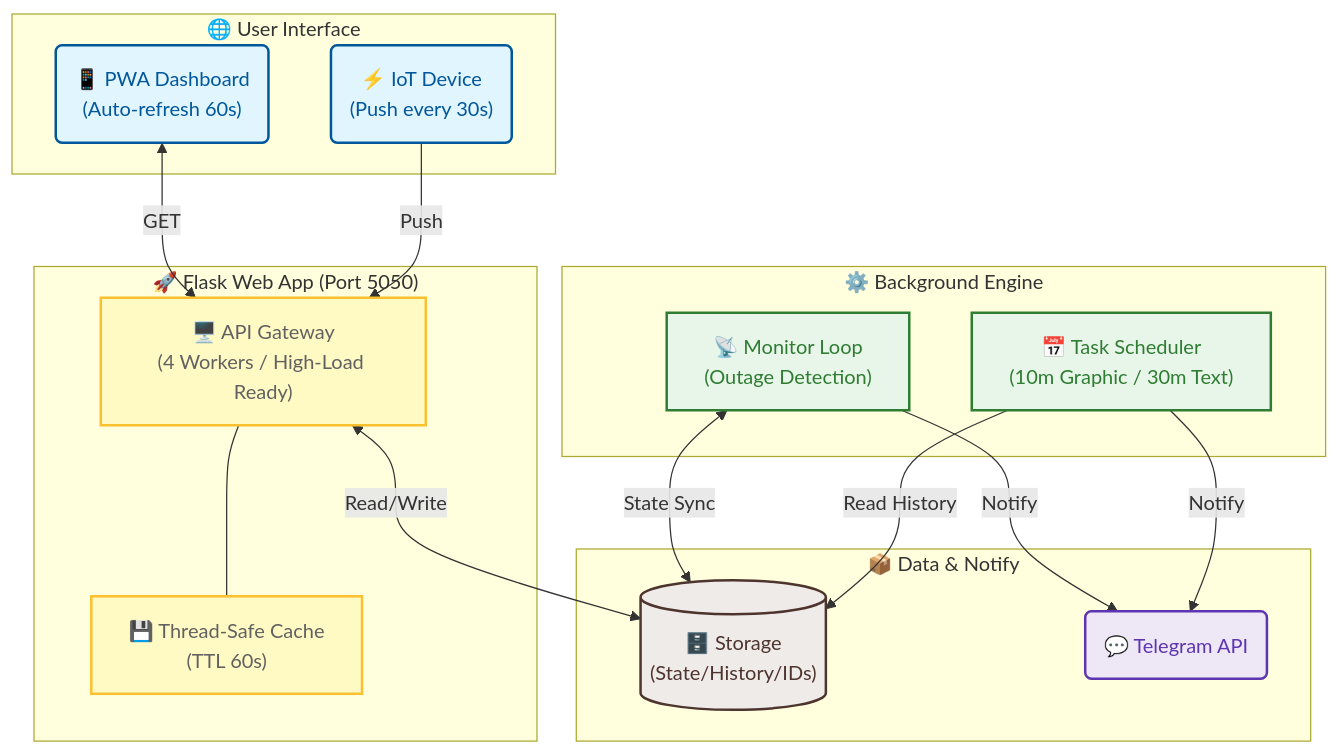
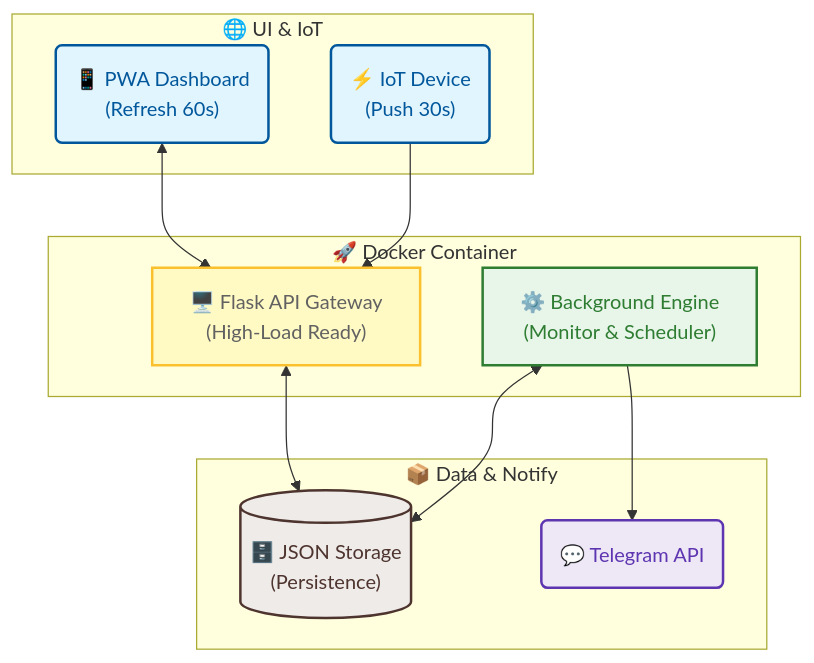
Before and after one commit to weby-homelab/flash-monitor-kyiv: the diagram in README.md, drawn with Mermaid. The commit also changed other lines of this file, not shown here.

Commit message:
Docs: add Docker Hub badges and Quick Start guide

````diff
--- a/README.md
+++ b/README.md
@@ -45,46 +44,37 @@
 ```mermaid
 flowchart TD
     %% -- Style Definitions --
     classDef client fill:#e1f5fe,stroke:#01579b,stroke-width:2px,color:#01579b
     classDef core fill:#fff9c4,stroke:#fbc02d,stroke-width:2px,color:#616161
     classDef logic fill:#e8f5e9,stroke:#2e7d32,stroke-width:2px,color:#2e7d32
     classDef external fill:#fce4ec,stroke:#c2185b,stroke-width:2px,color:#c2185b
     classDef storage fill:#efebe9,stroke:#4e342e,stroke-width:2px,color:#4e342e
     classDef notify fill:#ede7f6,stroke:#5e35b1,stroke-width:2px,color:#5e35b1
 
-    %% -- Nodes --
-    subgraph Clients ["🌐 User Interface"]
-        User("📱 PWA Dashboard<br/>(Auto-refresh 60s)")
-        IoT("⚡ IoT Device<br/>(Push every 30s)")
+    subgraph Clients ["🌐 UI & IoT"]
+        User("📱 PWA Dashboard<br/>(Refresh 60s)")
+        IoT("⚡ IoT Device<br/>(Push 30s)")
     end
 
-    subgraph WebService ["🚀 Flask Web App (Port 5050)"]
-        API["🖥️ API Gateway<br/>(4 Workers / High-Load Ready)"]
-        Cache["💾 Thread-Safe Cache<br/>(TTL 60s)"]
-    end
-
-    subgraph BackendService ["⚙️ Background Engine"]
-        Monitor["📡 Monitor Loop<br/>(Outage Detection)"]
-        Scheduler["📅 Task Scheduler<br/>(10m Graphic / 30m Text)"]
+    subgraph Server ["🚀 Docker Container"]
+        API["🖥️ Flask API Gateway<br/>(High-Load Ready)"]
+        Monitor["⚙️ Background Engine<br/>(Monitor & Scheduler)"]
     end
 
     subgraph Infrastructure ["📦 Data & Notify"]
-        JSON[("🗄️ Storage<br/>(State/History/IDs)")]
+        JSON[("🗄️ JSON Storage<br/>(Persistence)")]
         Telegram("💬 Telegram API")
     end
 
-    %% -- Connections --
-    User <-->|GET| API
-    IoT -->|Push| API
-    API --- Cache
-    API <-->|Read/Write| JSON
-    Monitor <-->|State Sync| JSON
-    Scheduler -->|Read History| JSON
-    Monitor & Scheduler -->|Notify| Telegram
+    User <--> API
+    IoT --> API
+    API <--> JSON
+    Monitor <--> JSON
+    Monitor --> Telegram
     
     class User,IoT client
-    class API,Cache core
-    class Monitor,Scheduler logic
+    class API core
+    class Monitor logic
     class JSON storage
     class Telegram notify
 ```
````
